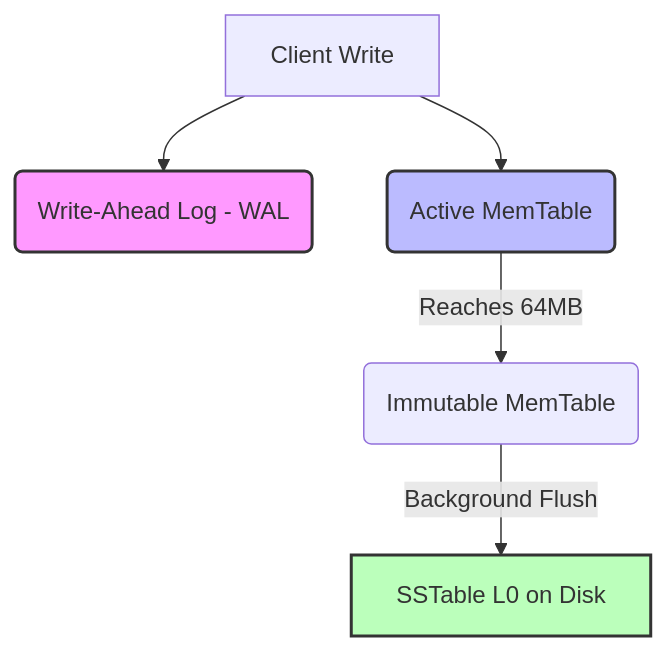
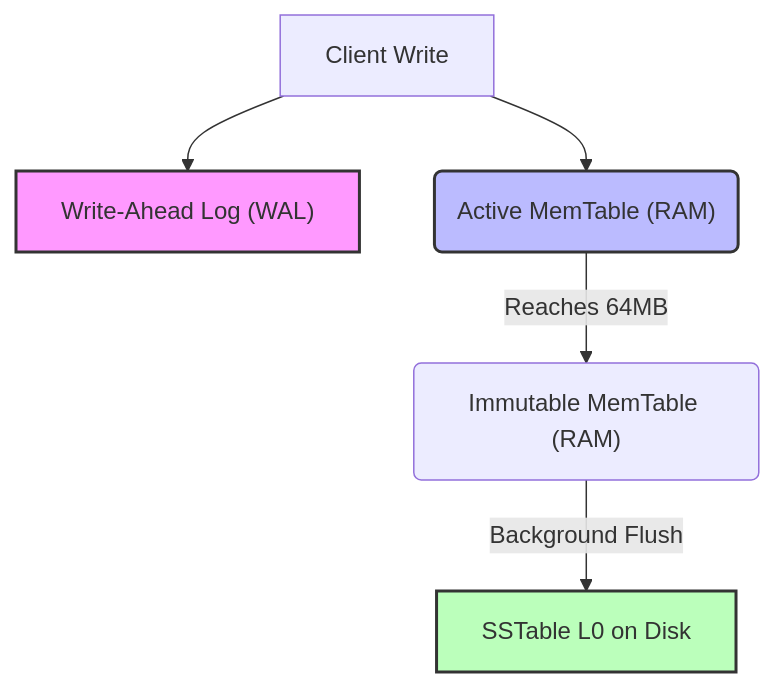
Before and after one commit to kythuatdulieu/kythuatdulieu.github.io: the first of 2 diagrams in src/content/docs/concepts/3-storage-engines-formats/bloom-filters-sstables.md, drawn with Mermaid. The commit also changed other lines of this file and 228 other files, not shown here.

Commit message:
Fix syntax and rewrite 200+ concepts docs to deep-dive system architecture and add GA4 tracking to quiz app

````diff
--- a/src/content/docs/concepts/3-storage-engines-formats/bloom-filters-sstables.md
+++ b/src/content/docs/concepts/3-storage-engines-formats/bloom-filters-sstables.md
@@ -20,11 +27,11 @@
 ```mermaid
 graph TD
-    A["Client Write"] --> B("Write-Ahead Log - WAL")
-    A --> C("Active MemTable")
-    C -- "Reaches 64MB" --> D("Immutable MemTable")
+    A["Client Write"] --> B["Write-Ahead Log (WAL)"]
+    A --> C("Active MemTable (RAM)")
+    C -- "Reaches 64MB" --> D("Immutable MemTable (RAM)")
     D -- "Background Flush" --> E["SSTable L0 on Disk"]
     
     style B fill:#f9f,stroke:#333,stroke-width:2px
     style C fill:#bbf,stroke:#333,stroke-width:2px
     style E fill:#bfb,stroke:#333,stroke-width:2px
 ```
````
